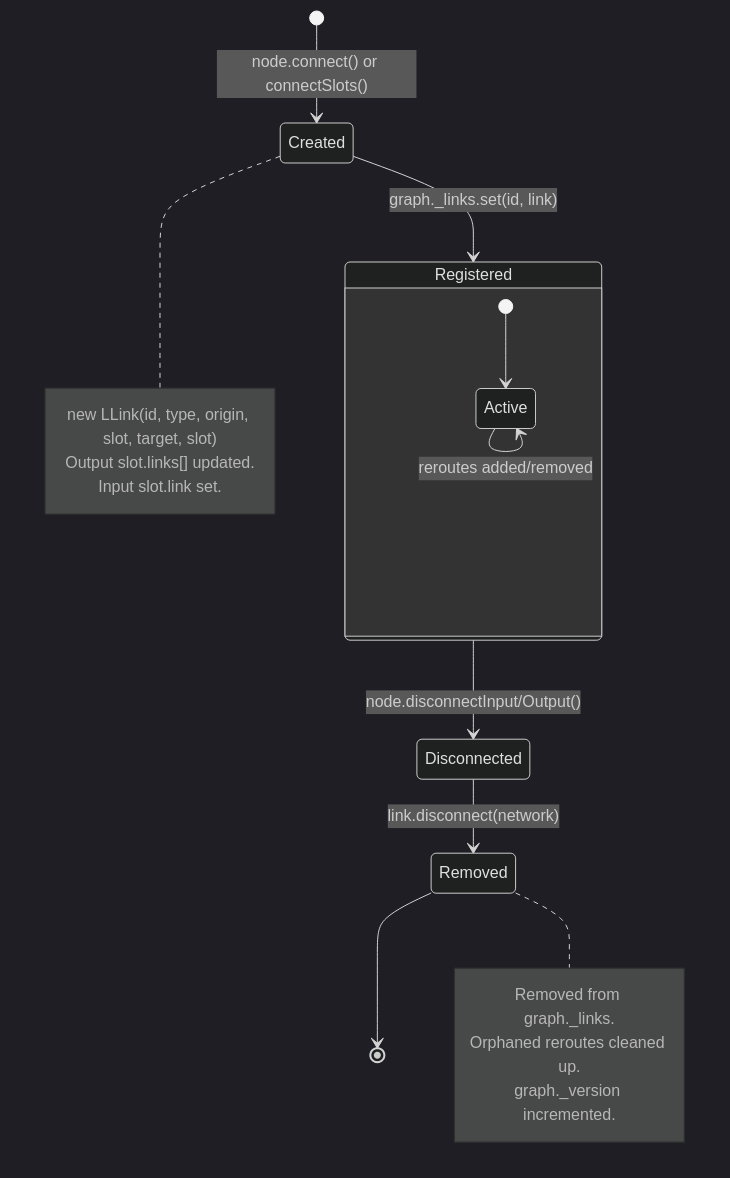
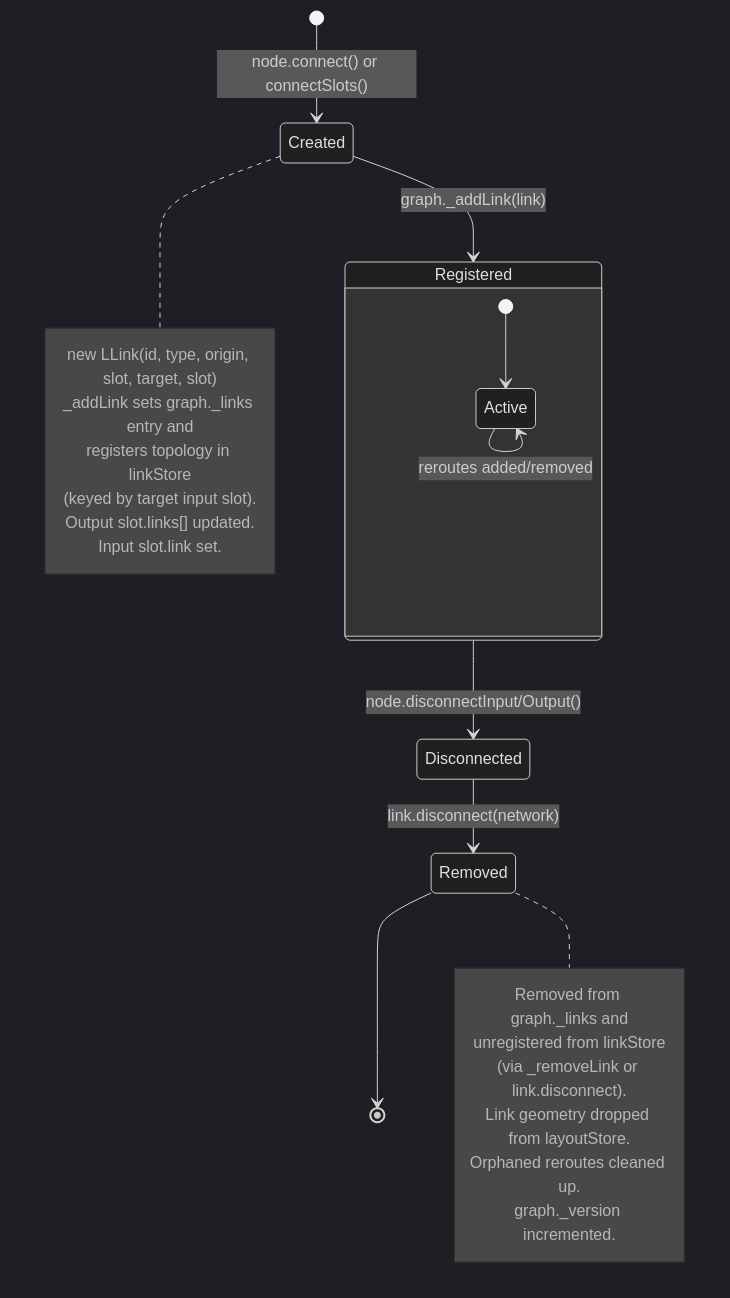
The eighth of 13 diagrams in docs/architecture/entity-interactions.md (Comfy-Org/ComfyUI_frontend), drawn with Mermaid (dark theme) before and after one commit. The commit also changed other lines of this file and 9 other files, not shown here.

First line of the commit message:
docs: align ECS architecture records with shipped link/reroute stores

````diff
--- a/docs/architecture/entity-interactions.md
+++ b/docs/architecture/entity-interactions.md
@@ -254,27 +264,33 @@
 ```mermaid
 stateDiagram-v2
     [*] --> Created: node.connect() or connectSlots()
-    Created --> Registered: graph._links.set(id, link)
+    Created --> Registered: graph._addLink(link)
 
     state Registered {
         [*] --> Active
         Active --> Active: data flows through
         Active --> Active: reroutes added/removed
     }
 
     Registered --> Disconnected: node.disconnectInput/Output()
     Disconnected --> Removed: link.disconnect(network)
     Removed --> [*]
 
     note right of Created
         new LLink(id, type, origin, slot, target, slot)
+        _addLink sets graph._links entry and
+        registers topology in linkStore
+        (keyed by target input slot).
         Output slot.links[] updated.
         Input slot.link set.
     end note
 
     note right of Removed
-        Removed from graph._links.
+        Removed from graph._links and
+        unregistered from linkStore
+        (via _removeLink or link.disconnect).
+        Link geometry dropped from layoutStore.
         Orphaned reroutes cleaned up.
         graph._version incremented.
     end note
 ```
````
